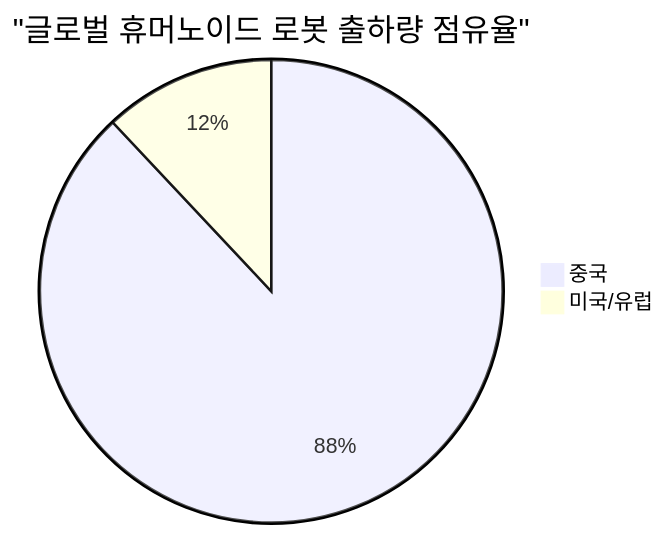
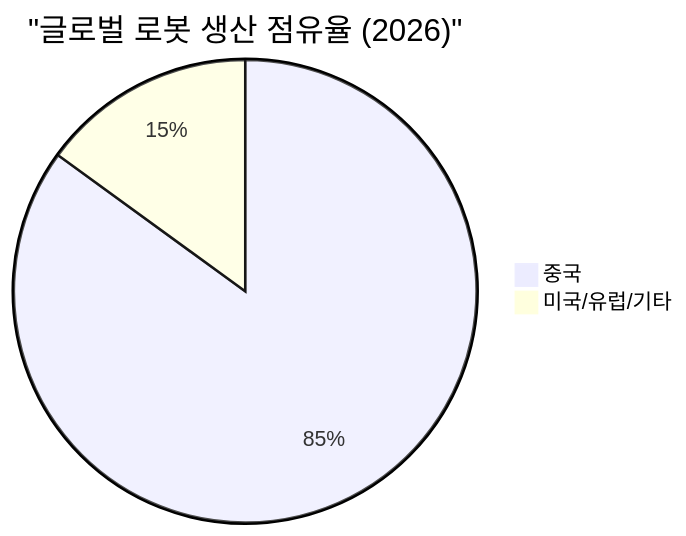
The fourth of 5 diagrams in _posts/knowledge/invest/2026-01-14-automotive-robotics-sector-outlook-2026.md (dss99911/dss99911.github.io), drawn with Mermaid before and after one commit. The commit also changed other lines of this file and 2 other files, not shown here.

````diff
--- a/_posts/knowledge/invest/2026-01-14-automotive-robotics-sector-outlook-2026.md
+++ b/_posts/knowledge/invest/2026-01-14-automotive-robotics-sector-outlook-2026.md
@@ -454,5 +455,5 @@
 ```mermaid
-pie title "글로벌 휴머노이드 로봇 출하량 점유율"
-    "중국" : 88
-    "미국/유럽" : 12
+pie title "글로벌 로봇 생산 점유율 #40;2026#41;"
+    "중국" : 85
+    "미국/유럽/기타" : 15
 ```
````
